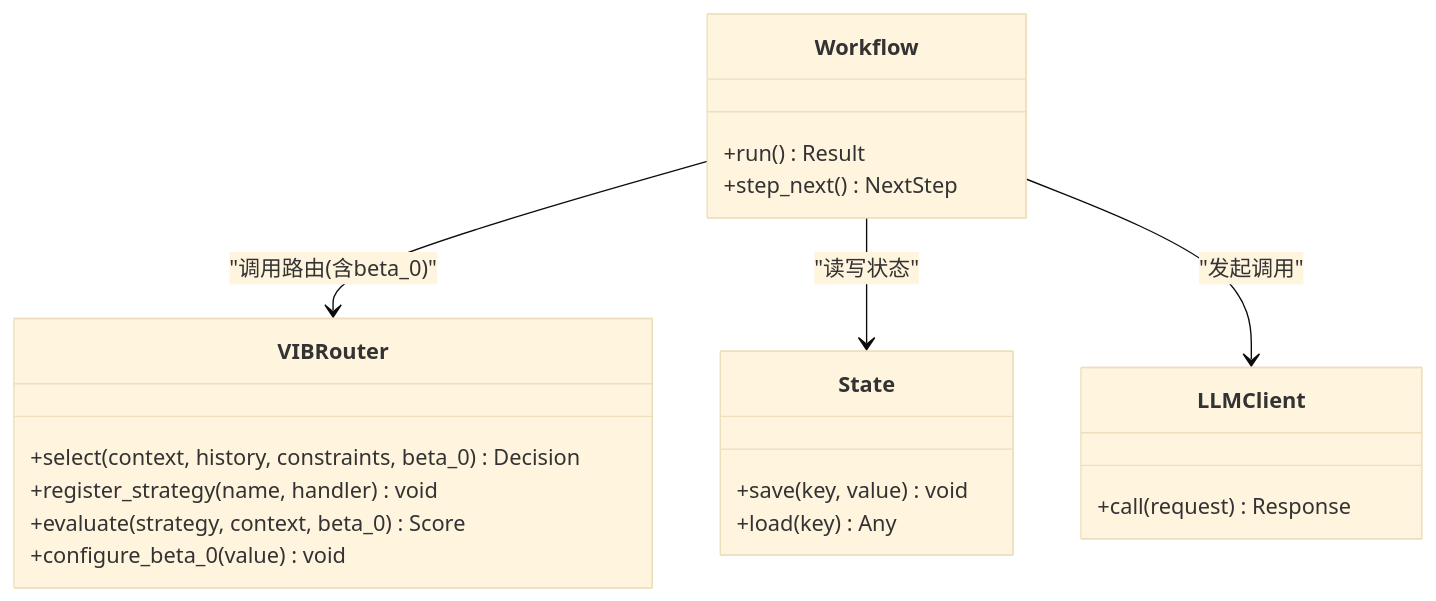
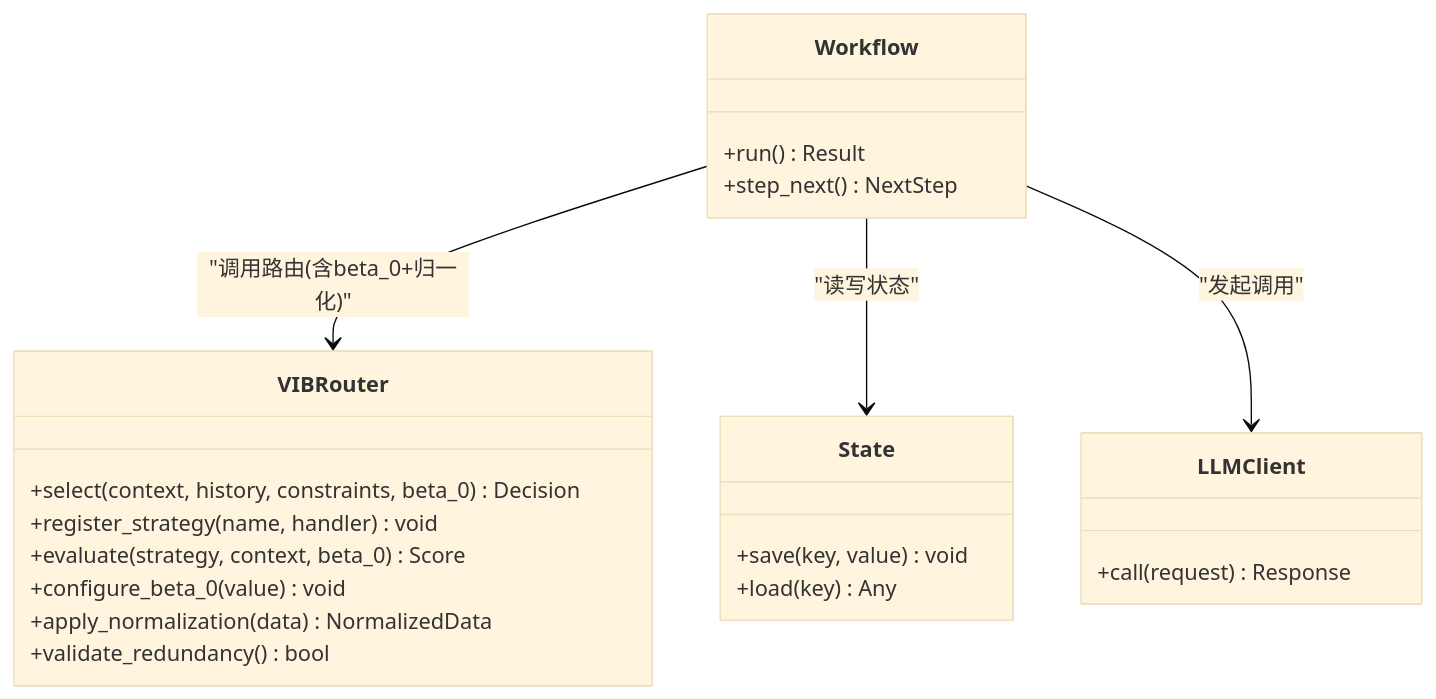
Before and after one commit to QuStarry/VIB-SparseCommunication: the third of 6 diagrams in .qoder/repowiki/zh/content/核心架构/实验框架/大规模集群实验.md, drawn with Mermaid (base theme). The commit also changed other lines of this file and 32 other files, not shown here.

````diff
--- a/.qoder/repowiki/zh/content/核心架构/实验框架/大规模集群实验.md
+++ b/.qoder/repowiki/zh/content/核心架构/实验框架/大规模集群实验.md
@@ -158,23 +163,25 @@
 ```mermaid
 classDiagram
 class VIBRouter {
 +select(context, history, constraints, beta_0) Decision
 +register_strategy(name, handler) void
 +evaluate(strategy, context, beta_0) Score
 +configure_beta_0(value) void
++apply_normalization(data) NormalizedData
++validate_redundancy() bool
 }
 class Workflow {
 +run() Result
 +step_next() NextStep
 }
 class State {
 +save(key, value) void
 +load(key) Any
 }
 class LLMClient {
 +call(request) Response
 }
-Workflow --> VIBRouter : "调用路由(含beta_0)"
+Workflow --> VIBRouter : "调用路由(含beta_0+归一化)"
 Workflow --> State : "读写状态"
 Workflow --> LLMClient : "发起调用"
 ```
````
